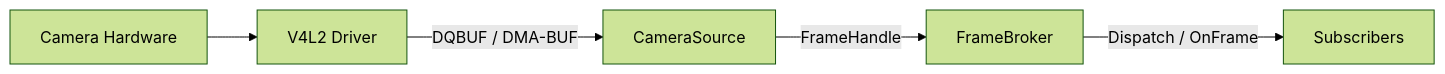
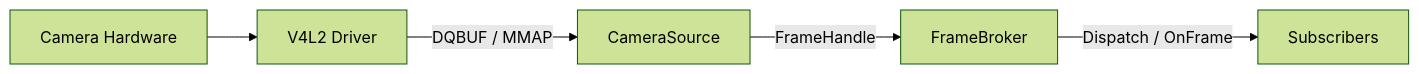
One commit to SuycxZMZ/CameraSubsystem changed the second of 2 diagrams in docs/PROJECT_OVERVIEW.md. Above: the diagram before and after it, drawn with Mermaid (forest theme). The commit also changed other lines of this file and 8 other files, not shown here.

````diff
--- a/docs/PROJECT_OVERVIEW.md
+++ b/docs/PROJECT_OVERVIEW.md
@@ -98,7 +101,7 @@
 ```mermaid
 flowchart LR
     Hardware["Camera Hardware"] --> Driver["V4L2 Driver"]
-    Driver -->|DQBUF / DMA-BUF| Source["CameraSource"]
+    Driver -->|DQBUF / MMAP| Source["CameraSource"]
     Source -->|FrameHandle| Broker["FrameBroker"]
     Broker -->|Dispatch / OnFrame| Subscribers["Subscribers"]
 ```
````
